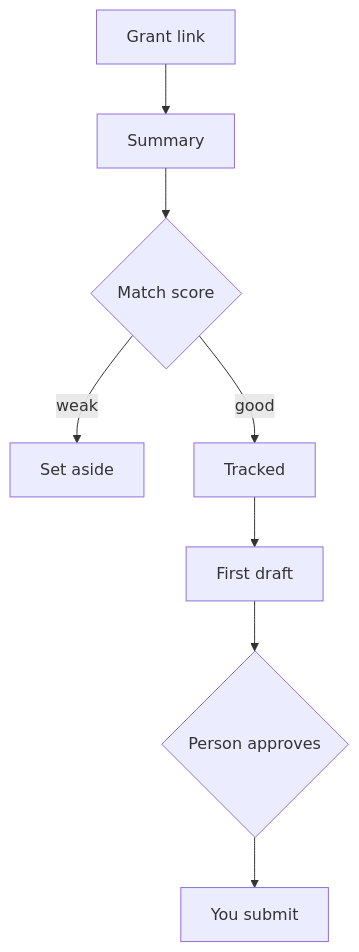
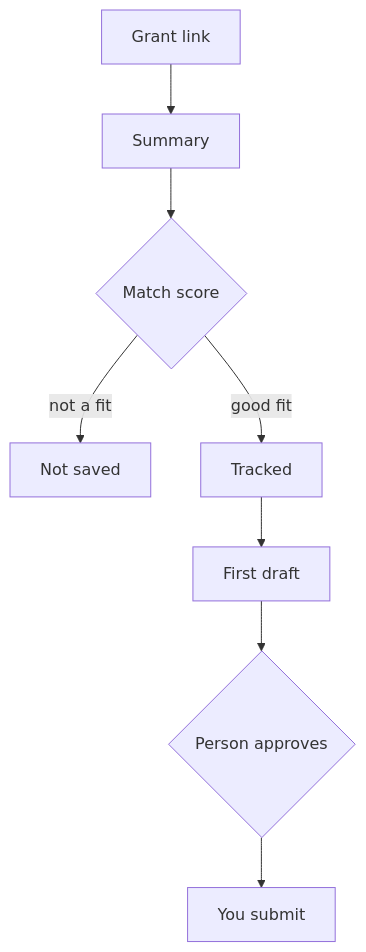
One commit to Mohanad1st/grantsai-showcase changed the diagram in README.md. Above: the diagram before and after it, drawn with Mermaid. The commit also changed other lines of this file, not shown here.

First line of the commit message:
docs: rewrite case study in plain first-person voice

````diff
--- a/README.md
+++ b/README.md
@@ -24,12 +22,12 @@
 ```mermaid
 flowchart TD
   accTitle: How GrantsAI handles a grant
-  accDescr: A grant link is summarised, scored for fit with reasons, weak fits are set aside, good fits are tracked with a deadline, a first draft is written from your own documents, and a person approves before you submit.
+  accDescr: A grant link is summarised and scored for fit with reasons; grants you keep are tracked with a deadline, a first draft is written from your own documents, and a person approves it before you submit.
   A[Grant link] --> B[Summary]
   B --> C{Match score}
-  C -- weak --> Z[Set aside]
-  C -- good --> D[Tracked]
+  C -- not a fit --> Z[Not saved]
+  C -- good fit --> D[Tracked]
   D --> E[First draft]
   E --> F{Person approves}
   F --> G[You submit]
 ```
````
